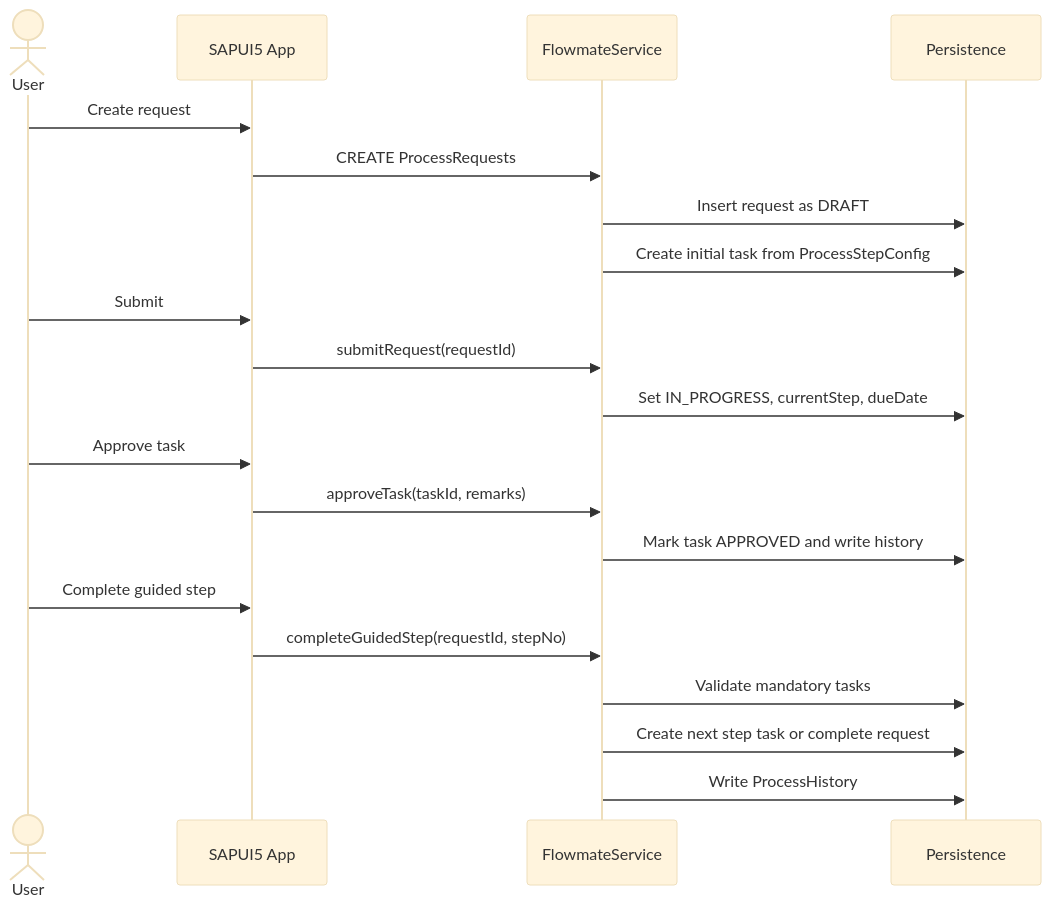
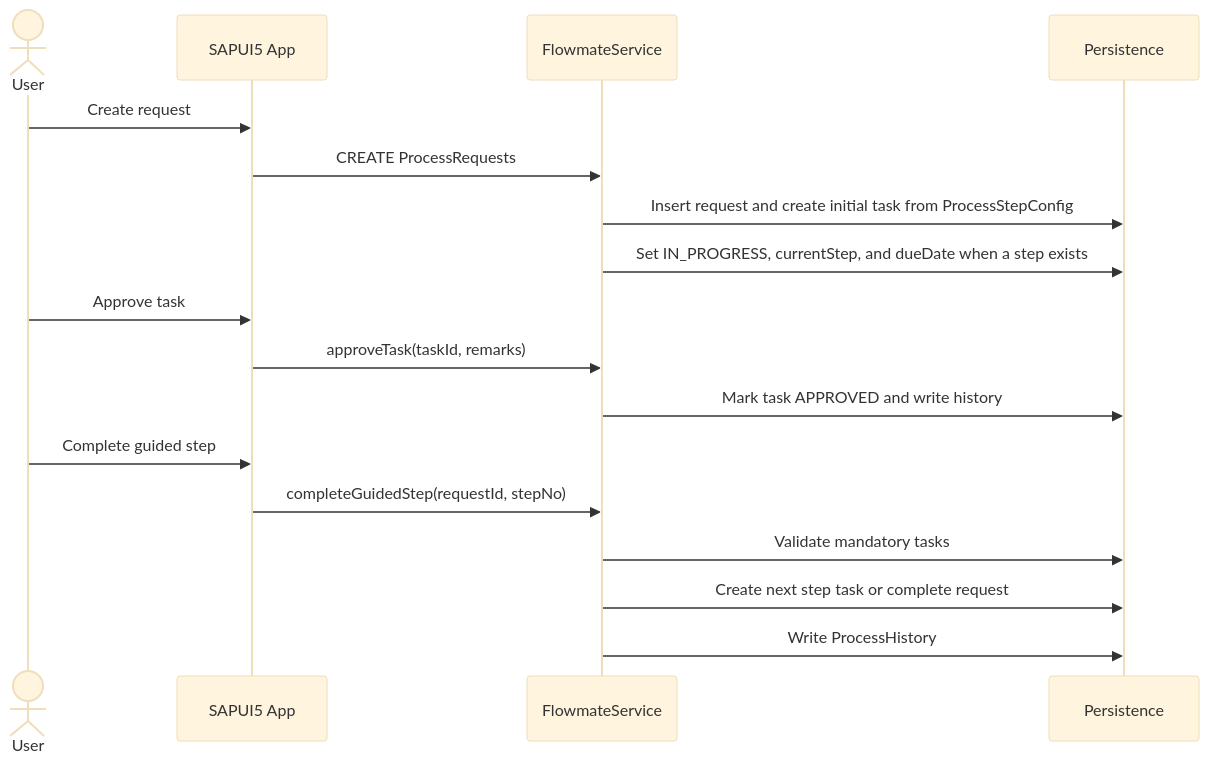
Before and after one commit to abasu1996/CAPM: the fifth of 7 diagrams in flowmate/docs/technical-architecture.md, drawn with Mermaid (base theme). The commit also changed other lines of this file and 82 other files, not shown here.

````diff
--- a/flowmate/docs/technical-architecture.md
+++ b/flowmate/docs/technical-architecture.md
@@ -312,23 +308,20 @@
 ```mermaid
 sequenceDiagram
   actor User
   participant UI as SAPUI5 App
   participant CAP as FlowmateService
   participant DB as Persistence
 
   User->>UI: Create request
   UI->>CAP: CREATE ProcessRequests
-  CAP->>DB: Insert request as DRAFT
-  CAP->>DB: Create initial task from ProcessStepConfig
-  User->>UI: Submit
-  UI->>CAP: submitRequest(requestId)
-  CAP->>DB: Set IN_PROGRESS, currentStep, dueDate
+  CAP->>DB: Insert request and create initial task from ProcessStepConfig
+  CAP->>DB: Set IN_PROGRESS, currentStep, and dueDate when a step exists
   User->>UI: Approve task
   UI->>CAP: approveTask(taskId, remarks)
   CAP->>DB: Mark task APPROVED and write history
   User->>UI: Complete guided step
   UI->>CAP: completeGuidedStep(requestId, stepNo)
   CAP->>DB: Validate mandatory tasks
   CAP->>DB: Create next step task or complete request
   CAP->>DB: Write ProcessHistory
 ```
````
